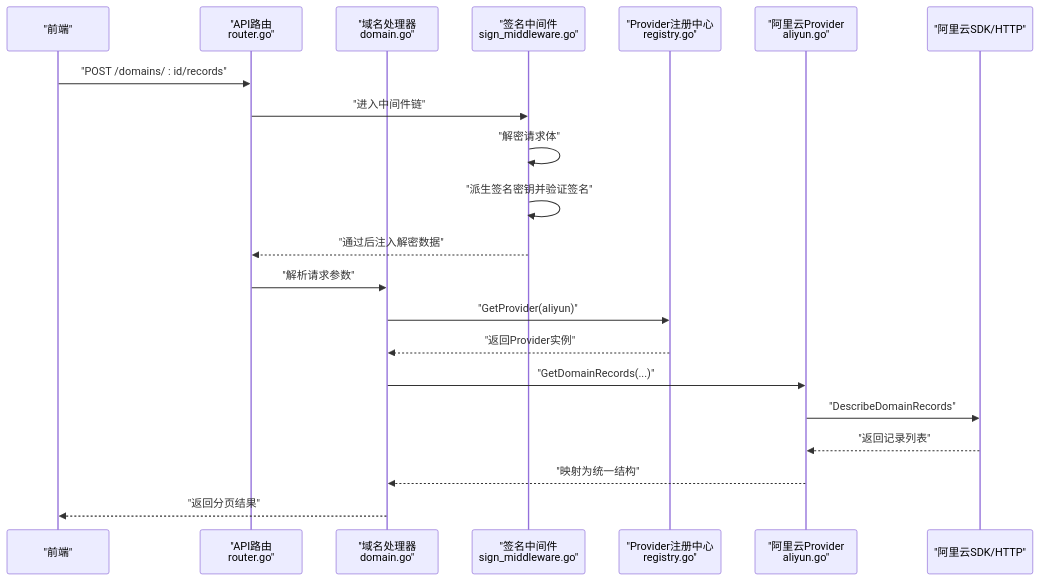
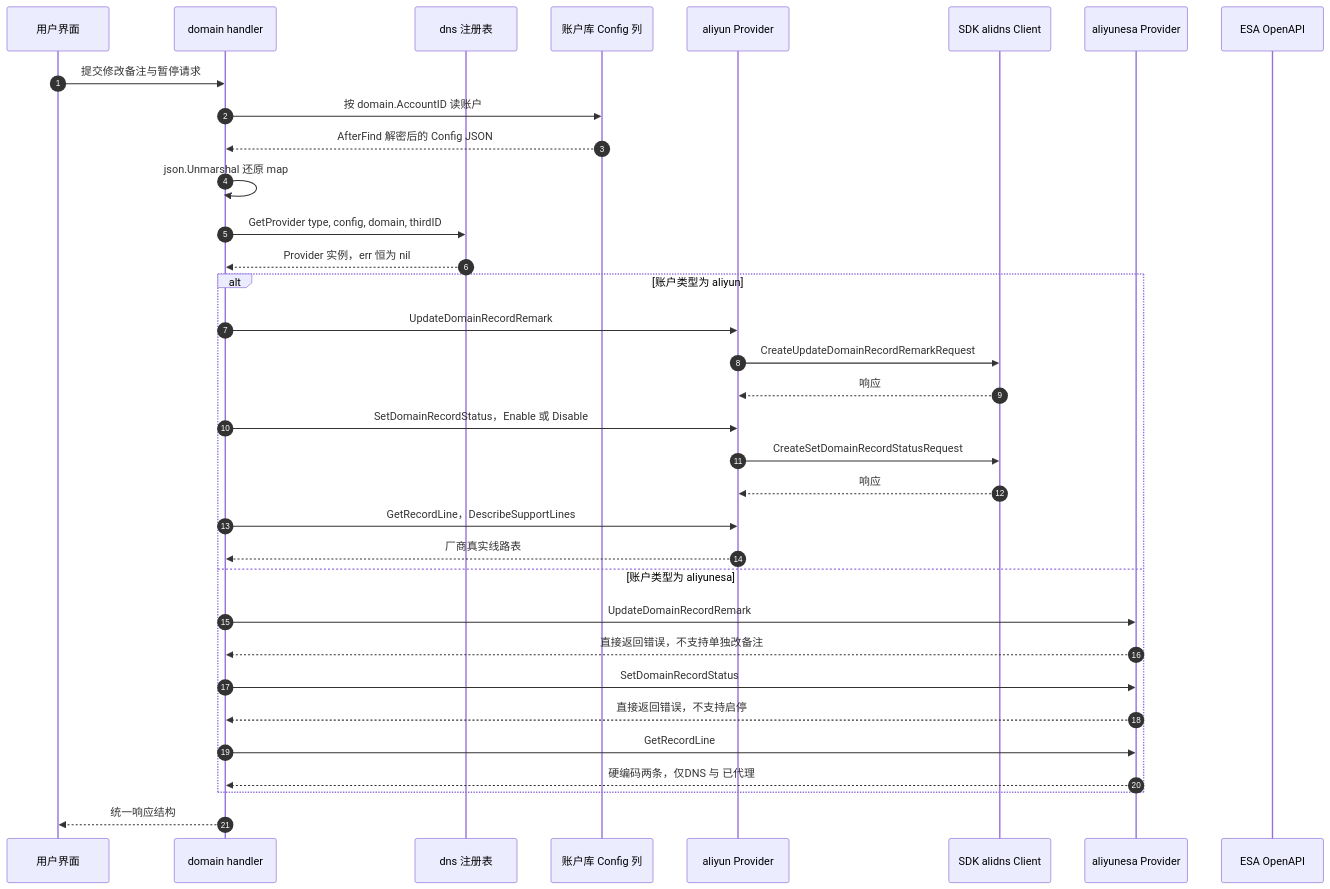
The second of 5 diagrams in docs/DNS管理功能/支持的DNS服务商/阿里云DNS.md (x01n/dnsplane), drawn with Mermaid before and after one commit. The commit also changed other lines of this file and 326 other files, not shown here.

````diff
--- a/docs/DNS管理功能/支持的DNS服务商/阿里云DNS.md
+++ b/docs/DNS管理功能/支持的DNS服务商/阿里云DNS.md
@@ -99,23 +193,39 @@
 ```mermaid
 sequenceDiagram
-participant FE as "前端"
-participant API as "API路由<br/>router.go"
-participant H as "域名处理器<br/>domain.go"
-participant MW as "签名中间件<br/>sign_middleware.go"
-participant PR as "Provider注册中心<br/>registry.go"
-participant ALI as "阿里云Provider<br/>aliyun.go"
-participant SDK as "阿里云SDK/HTTP"
-FE->>API : "POST /domains/ : id/records"
-API->>MW : "进入中间件链"
-MW->>MW : "解密请求体"
-MW->>MW : "派生签名密钥并验证签名"
-MW-->>API : "通过后注入解密数据"
-API->>H : "解析请求参数"
-H->>PR : "GetProvider(aliyun)"
-PR-->>H : "返回Provider实例"
-H->>ALI : "GetDomainRecords(...)"
-ALI->>SDK : "DescribeDomainRecords"
-SDK-->>ALI : "返回记录列表"
-ALI-->>H : "映射为统一结构"
-H-->>FE : "返回分页结果"
+    autonumber
+    participant U as 用户界面
+    participant H as domain handler
+    participant R as dns 注册表
+    participant AC as 账户库 Config 列
+    participant P1 as aliyun Provider
+    participant S as SDK alidns Client
+    participant P2 as aliyunesa Provider
+    participant E as ESA OpenAPI
+
+    U->>H : 提交修改备注与暂停请求
+    H->>AC : 按 domain.AccountID 读账户
+    AC-->>H : AfterFind 解密后的 Config JSON
+    H->>H : json.Unmarshal 还原 map
+    H->>R : GetProvider type, config, domain, thirdID
+    R-->>H : Provider 实例，err 恒为 nil
+
+    alt 账户类型为 aliyun
+        H->>P1 : UpdateDomainRecordRemark
+        P1->>S : CreateUpdateDomainRecordRemarkRequest
+        S-->>P1 : 响应
+        H->>P1 : SetDomainRecordStatus，Enable 或 Disable
+        P1->>S : CreateSetDomainRecordStatusRequest
+        S-->>P1 : 响应
+        H->>P1 : GetRecordLine，DescribeSupportLines
+        P1-->>H : 厂商真实线路表
+    else 账户类型为 aliyunesa
+        H->>P2 : UpdateDomainRecordRemark
+        P2-->>H : 直接返回错误，不支持单独改备注
+        H->>P2 : SetDomainRecordStatus
+        P2-->>H : 直接返回错误，不支持启停
+        H->>P2 : GetRecordLine
+        P2-->>H : 硬编码两条，仅DNS 与 已代理
+    end
+
+    H-->>U : 统一响应结构
 ```
````
